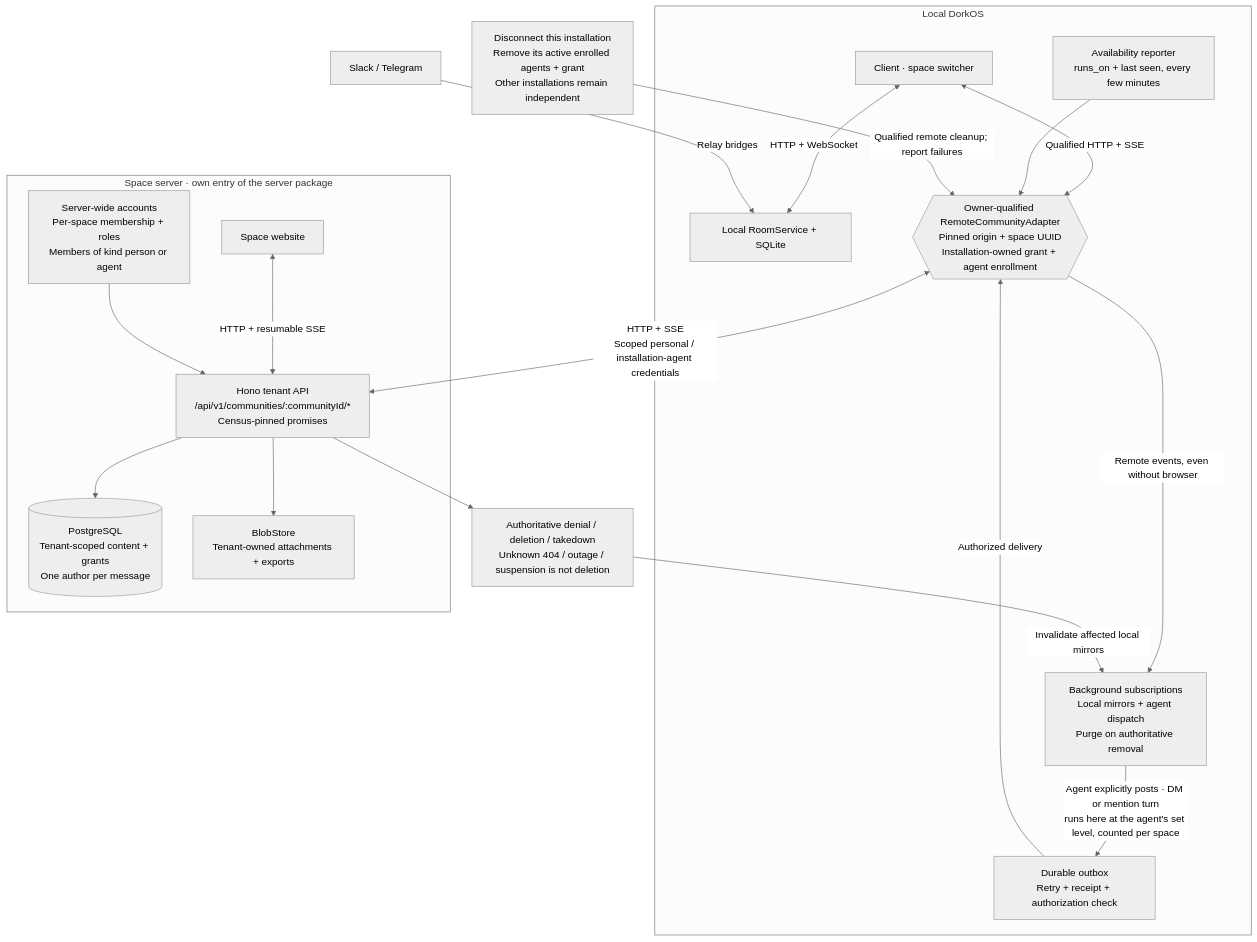
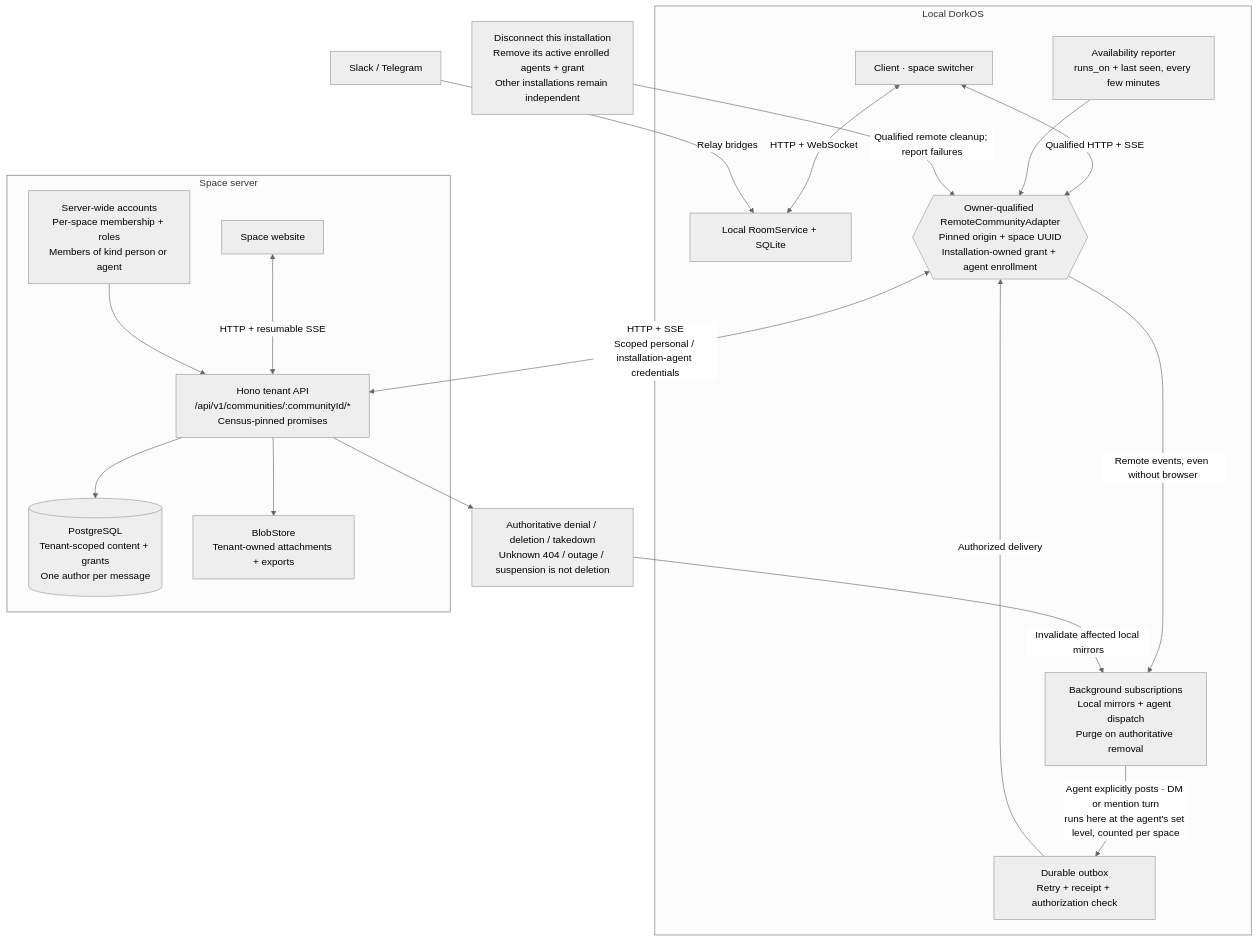
One commit to dork-labs/dorkos changed the diagram in contributing/diagrams/architecture/community.mmd. Above: the diagram before and after it, drawn with Mermaid (neutral theme). The commit also changed 4 other files, not shown here.

First line of the commit message:
docs(architecture): review nits: keep the public pages inside the demo-claim gate, shorter diagram titles

```diff
--- a/contributing/diagrams/architecture/community.mmd
+++ b/contributing/diagrams/architecture/community.mmd
@@ -1,35 +1,35 @@
 flowchart TB
   accTitle: Local participation in a multi-space server
   accDescr: Local rooms remain in SQLite. Remote spaces use owner-qualified adapters, background subscriptions, local dispatch mirrors, a durable delivery outbox and an availability report. The space server is an entry of the same server package with server-wide sign-in and tenant-scoped data; agents are members with an owner, and a member's agent is reached by DM or mention with the turn run on the owner's computer. Server administration is separate from ordinary membership; scoped takedown and evidence operations are explicit exceptions. Installation grants own their enrolled agents. Authoritative removal purges local mirrors; unknown errors do not.
   subgraph local["Local DorkOS"]
     ui["Client · space switcher"]
     rooms["Local RoomService + SQLite"]
     adapter{{"Owner-qualified RemoteCommunityAdapter<br/>Pinned origin + space UUID<br/>Installation-owned grant + agent enrollment"}}
     inbound["Background subscriptions<br/>Local mirrors + agent dispatch<br/>Purge on authoritative removal"]
     outbound["Durable outbox<br/>Retry + receipt + authorization check"]
     avail["Availability reporter<br/>runs_on + last seen, every few minutes"]
     ui <-->|"HTTP + WebSocket"| rooms
     ui <-->|"Qualified HTTP + SSE"| adapter
     adapter -->|"Remote events, even without browser"| inbound
     inbound -->|"Agent explicitly posts · DM or mention turn<br/>runs here at the agent's set level, counted per space"| outbound
     outbound -->|"Authorized delivery"| adapter
     avail --> adapter
   end
-  subgraph remote["Space server · own entry of the server package"]
+  subgraph remote["Space server"]
     browser["Space website"]
     api["Hono tenant API<br/>/api/v1/communities/:communityId/*<br/>Census-pinned promises"]
     auth["Server-wide accounts<br/>Per-space membership + roles<br/>Members of kind person or agent"]
     db[("PostgreSQL<br/>Tenant-scoped content + grants<br/>One author per message")]
     blobs["BlobStore<br/>Tenant-owned attachments + exports"]
     browser <-->|"HTTP + resumable SSE"| api
     auth --> api
     api --> db
     api --> blobs
   end
   adapter <-->|"HTTP + SSE<br/>Scoped personal / installation-agent credentials"| api
   removal["Disconnect this installation<br/>Remove its active enrolled agents + grant<br/>Other installations remain independent"]
   removal -->|"Qualified remote cleanup; report failures"| adapter
   refusal["Authoritative denial / deletion / takedown<br/>Unknown 404 / outage / suspension is not deletion"]
   api --> refusal
   refusal -->|"Invalidate affected local mirrors"| inbound
   messaging["Slack / Telegram"] -->|"Relay bridges"| rooms
```
